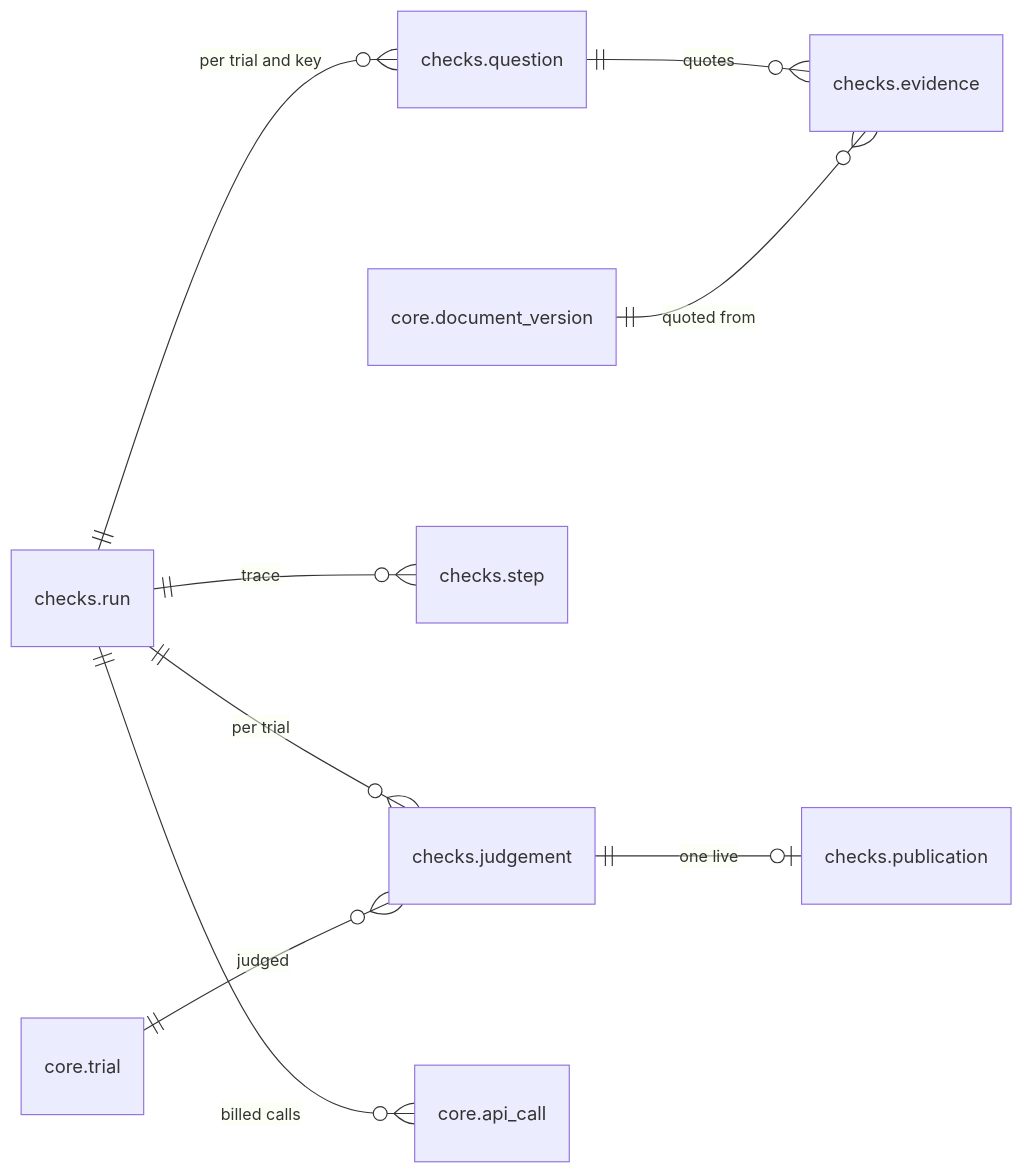
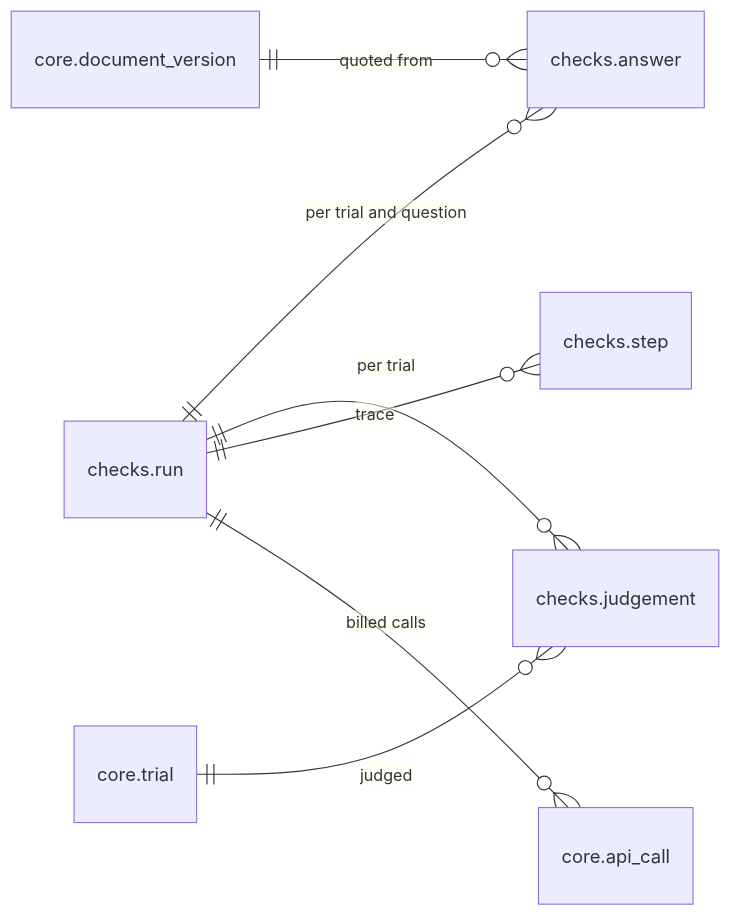
One commit to shmarlya/trialwatch changed the third of 3 diagrams in docs/checks.md. Above: the diagram before and after it, drawn with Mermaid. The commit also changed other lines of this file and 34 other files, not shown here.

````diff
--- a/docs/checks.md
+++ b/docs/checks.md
@@ -161,21 +163,17 @@
 ```mermaid
 erDiagram
     direction LR
     run["checks.run"]
-    question["checks.question"]
-    evidence["checks.evidence"]
+    answer["checks.answer"]
     judgement["checks.judgement"]
     step["checks.step"]
-    publication["checks.publication"]
     trial["core.trial"]
     version["core.document_version"]
     api_call["core.api_call"]
-    run ||--o{ question : "per trial and key"
-    question ||--o{ evidence : "quotes"
+    run ||--o{ answer : "per trial and question"
     run ||--o{ judgement : "per trial"
     run ||--o{ step : "trace"
-    judgement ||--o| publication : "one live"
     trial ||--o{ judgement : "judged"
-    version ||--o{ evidence : "quoted from"
+    version ||--o{ answer : "quoted from"
     run ||--o{ api_call : "billed calls"
 ```
````
